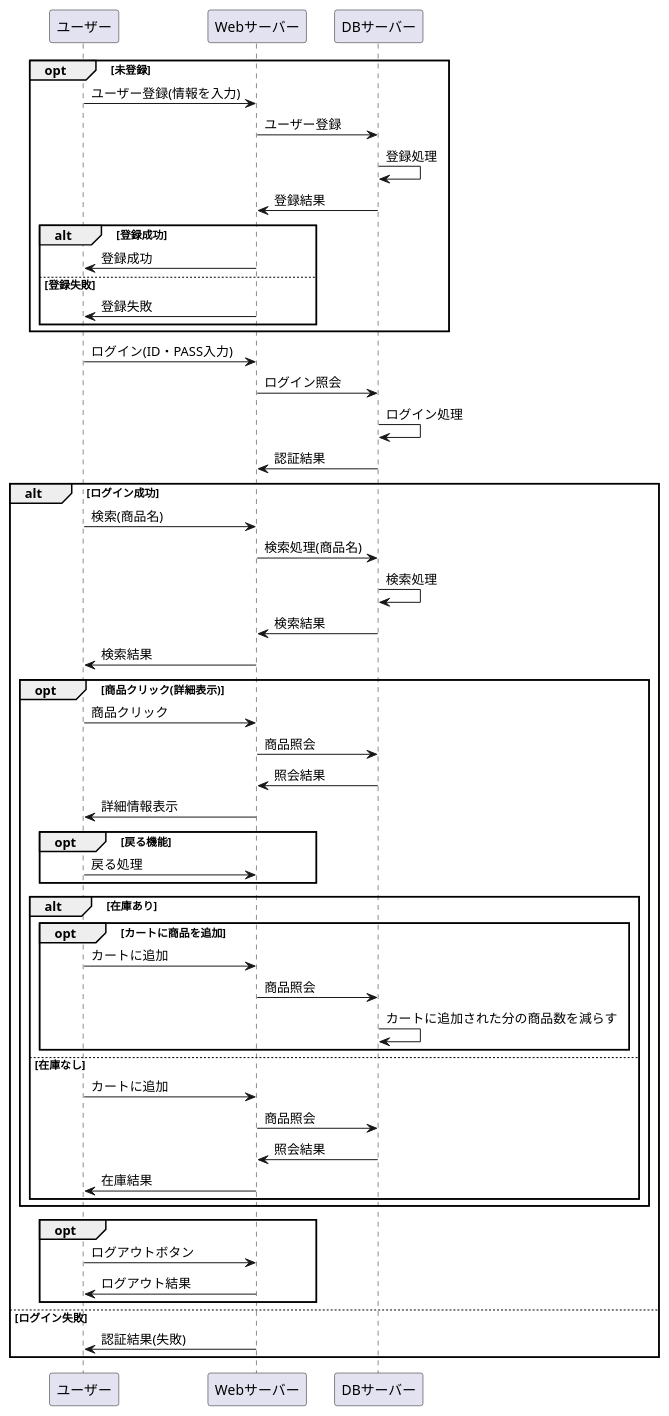
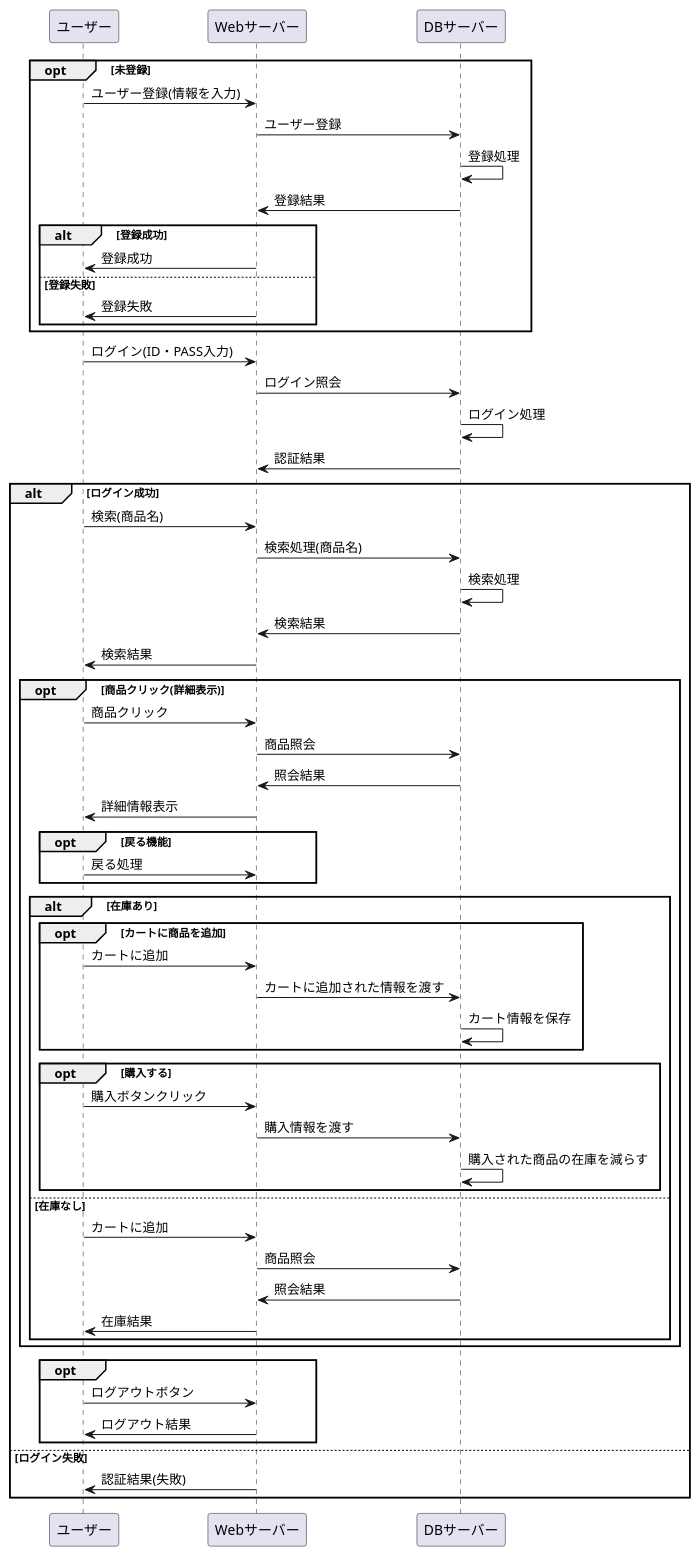
One commit to Aso2001184/2021sys-design changed the diagram in あの消し.業務フロー.md. Above: the diagram before and after it, drawn with PlantUML.

````diff
--- a/あの消し.業務フロー.md
+++ b/あの消し.業務フロー.md
@@ -1,62 +1,68 @@
 ```uml
 @startuml
 opt 未登録
 ユーザー -> Webサーバー : ユーザー登録(情報を入力)
 Webサーバー -> DBサーバー : ユーザー登録
 DBサーバー -> DBサーバー : 登録処理
 DBサーバー -> Webサーバー : 登録結果
 
 alt 登録成功
 Webサーバー -> ユーザー : 登録成功
 else 登録失敗
 Webサーバー -> ユーザー : 登録失敗
 end
 end
 
 ユーザー -> Webサーバー : ログイン(ID・PASS入力)
 Webサーバー -> DBサーバー : ログイン照会
 DBサーバー -> DBサーバー : ログイン処理
 DBサーバー -> Webサーバー : 認証結果
 
 alt ログイン成功
 
 ユーザー -> Webサーバー : 検索(商品名)
 Webサーバー -> DBサーバー : 検索処理(商品名)
 DBサーバー -> DBサーバー : 検索処理
 DBサーバー -> Webサーバー : 検索結果
 Webサーバー -> ユーザー : 検索結果
 
 opt 商品クリック(詳細表示)
 ユーザー -> Webサーバー : 商品クリック
 Webサーバー -> DBサーバー : 商品照会
 DBサーバー -> Webサーバー : 照会結果
 Webサーバー -> ユーザー : 詳細情報表示
 opt 戻る機能
 ユーザー -> Webサーバー : 戻る処理
 end
 
 alt 在庫あり
 opt カートに商品を追加
 ユーザー -> Webサーバー : カートに追加
-Webサーバー -> DBサーバー : 商品照会
-DBサーバー -> DBサーバー : カートに追加された分の商品数を減らす
+Webサーバー -> DBサーバー : カートに追加された情報を渡す
+DBサーバー -> DBサーバー : カート情報を保存
 end
+
+opt 購入する
+ユーザー -> Webサーバー : 購入ボタンクリック
+Webサーバー -> DBサーバー : 購入情報を渡す
+DBサーバー -> DBサーバー : 購入された商品の在庫を減らす
+end 
 
 else 在庫なし
 ユーザー -> Webサーバー : カートに追加
 Webサーバー -> DBサーバー : 商品照会
 DBサーバー -> Webサーバー : 照会結果
 Webサーバー -> ユーザー : 在庫結果
 end
 end
 
 opt
 ユーザー -> Webサーバー : ログアウトボタン
 Webサーバー -> ユーザー: ログアウト結果
 end
 
 else ログイン失敗
 Webサーバー -> ユーザー : 認証結果(失敗)
 end
 @enduml
 ```
````
